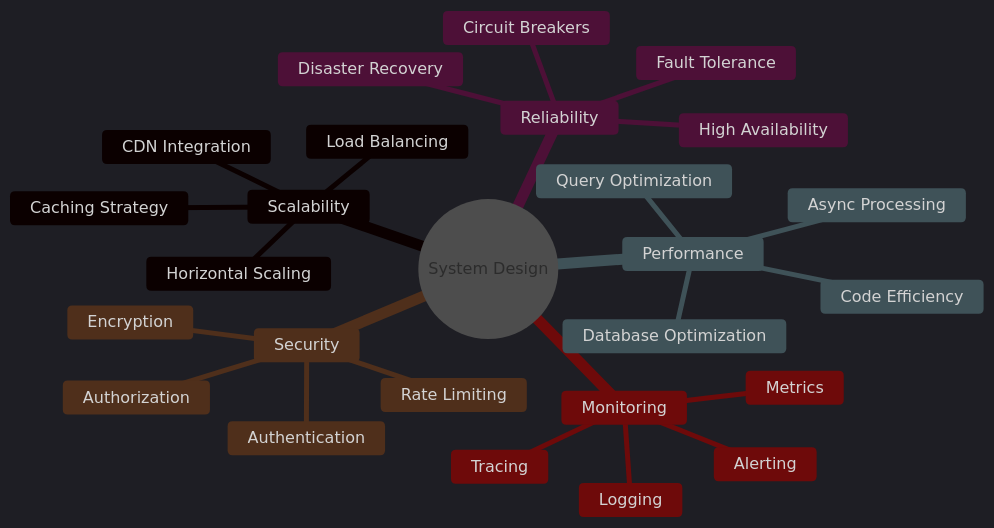
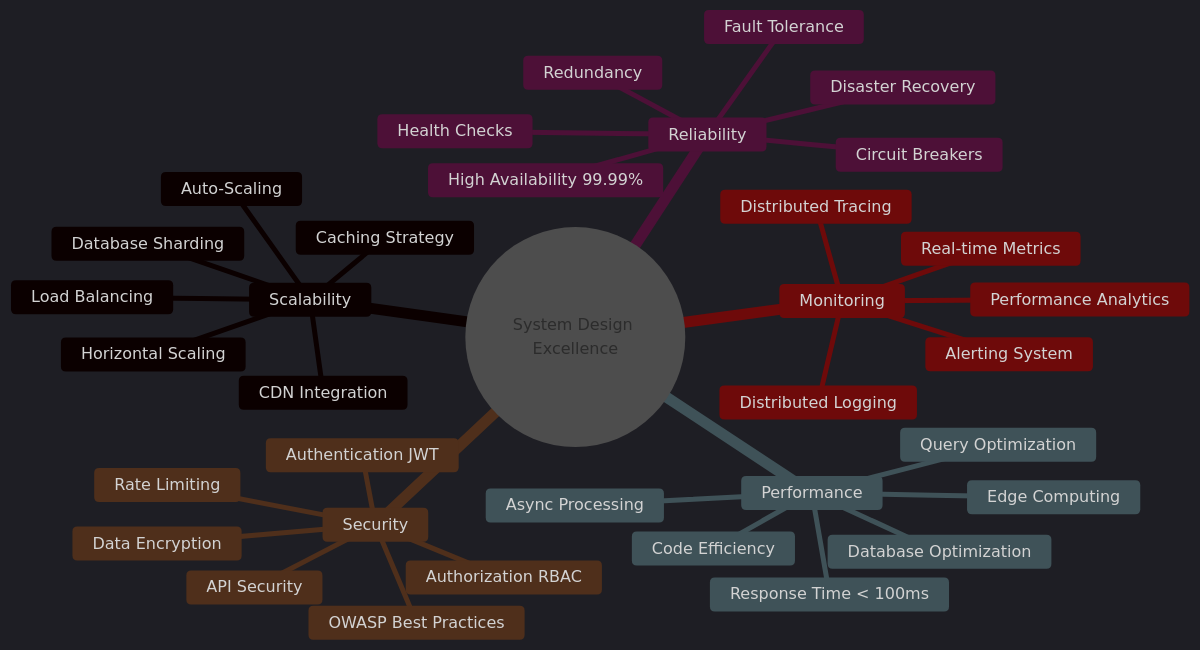
Before and after one commit to peashdasrudra/peashdasrudra: the fourth of 5 diagrams in README.md, drawn with Mermaid. The commit also changed other lines of this file, not shown here.

````diff
--- a/README.md
+++ b/README.md
@@ -223,30 +312,39 @@
 ```mermaid
 %%{init: {'theme':'dark', 'themeVariables': { 'primaryColor':'#00F7FF','primaryTextColor':'#fff','primaryBorderColor':'#00F7FF','lineColor':'#00F7FF','secondaryColor':'#1a1a1a','tertiaryColor':'#0D1117','background':'#0D1117','mainBkg':'#0D1117','clusterBkg':'#1a1a1a'}}}%%
 mindmap
-  root((System Design))
+  root((System Design Excellence))
     Scalability
       Horizontal Scaling
       Load Balancing
+      Auto-Scaling
       Caching Strategy
       CDN Integration
+      Database Sharding
     Reliability
       Fault Tolerance
-      High Availability
+      High Availability 99.99%
       Disaster Recovery
       Circuit Breakers
+      Redundancy
+      Health Checks
     Performance
       Database Optimization
       Query Optimization
       Code Efficiency
       Async Processing
+      Edge Computing
+      Response Time < 100ms
     Security
-      Authentication
-      Authorization
-      Encryption
+      Authentication JWT
+      Authorization RBAC
+      Data Encryption
       Rate Limiting
+      API Security
+      OWASP Best Practices
     Monitoring
-      Logging
-      Metrics
-      Alerting
-      Tracing
+      Distributed Logging
+      Real-time Metrics
+      Alerting System
+      Distributed Tracing
+      Performance Analytics
 ```
````
